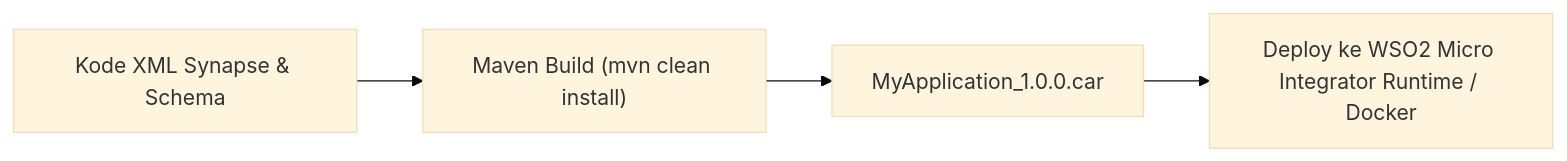
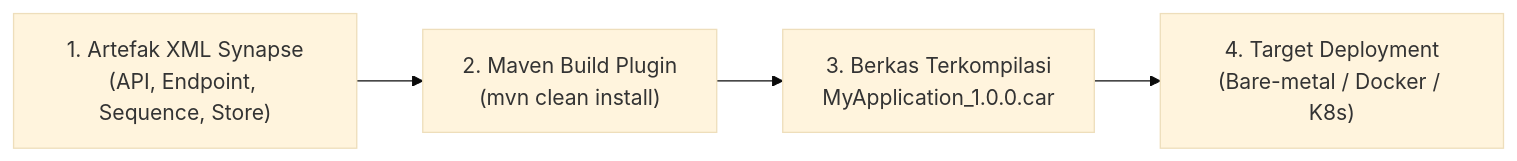
The first of 4 diagrams in materi/wso2/06_deployment_dan_monitoring.md (jovancamorris/assa-learn-tech), drawn with Mermaid (base theme) before and after one commit. The commit also changed other lines of this file and 6 other files, not shown here.

````diff
--- a/materi/wso2/06_deployment_dan_monitoring.md
+++ b/materi/wso2/06_deployment_dan_monitoring.md
@@ -9,6 +11,6 @@
 ```mermaid
 flowchart LR
-    Source["Kode XML Synapse & Schema"] --> Maven["Maven Build (mvn clean install)"]
-    Maven --> CAR["MyApplication_1.0.0.car"]
-    CAR --> Deploy["Deploy ke WSO2 Micro Integrator Runtime / Docker"]
+    Dev["1. Artefak XML Synapse<br/>(API, Endpoint, Sequence, Store)"] --> Maven["2. Maven Build Plugin<br/>(mvn clean install)"]
+    Maven --> CAR["3. Berkas Terkompilasi<br/>MyApplication_1.0.0.car"]
+    CAR --> DeployTarget["4. Target Deployment<br/>(Bare-metal / Docker / K8s)"]
 ```
````
